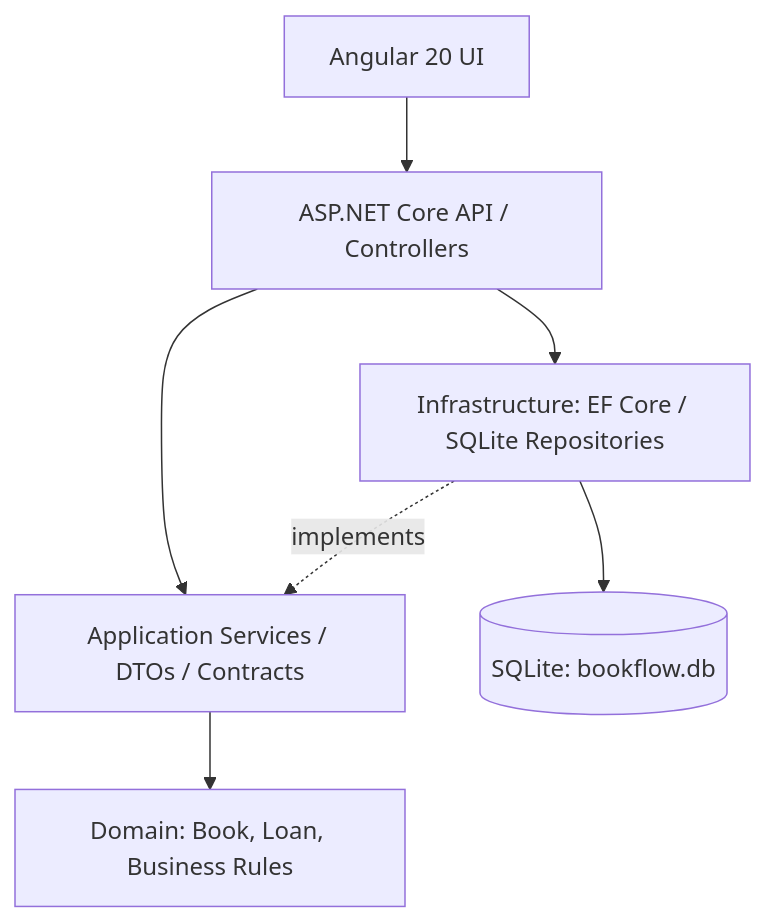
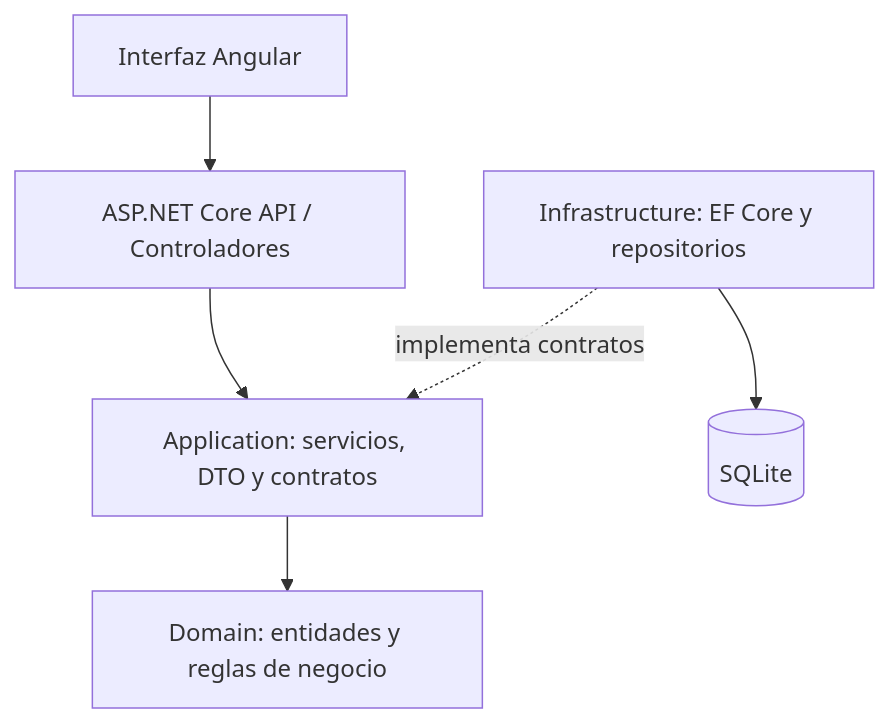
One commit to julianandreszapata/bookflow-dotnet-angular changed the diagram in README.md. Above: the diagram before and after it, drawn with Mermaid. The commit also changed other lines of this file, not shown here.

````diff
--- a/README.md
+++ b/README.md
@@ -17,9 +26,8 @@
 ```mermaid
-flowchart TB
-  UI[Angular 20 UI] --> API[ASP.NET Core API / Controllers]
-  API --> APP[Application Services / DTOs / Contracts]
-  APP --> DOMAIN[Domain: Book, Loan, Business Rules]
-  INFRA[Infrastructure: EF Core / SQLite Repositories] -. implements .-> APP
-  API --> INFRA
-  INFRA --> DB[(SQLite: bookflow.db)]
+flowchart TD
+  UI[Interfaz Angular] --> API[ASP.NET Core API / Controladores]
+  API --> APP[Application: servicios, DTO y contratos]
+  APP --> DOM[Domain: entidades y reglas de negocio]
+  INF[Infrastructure: EF Core y repositorios] -. implementa contratos .-> APP
+  INF --> DB[(SQLite)]
 ```
````
